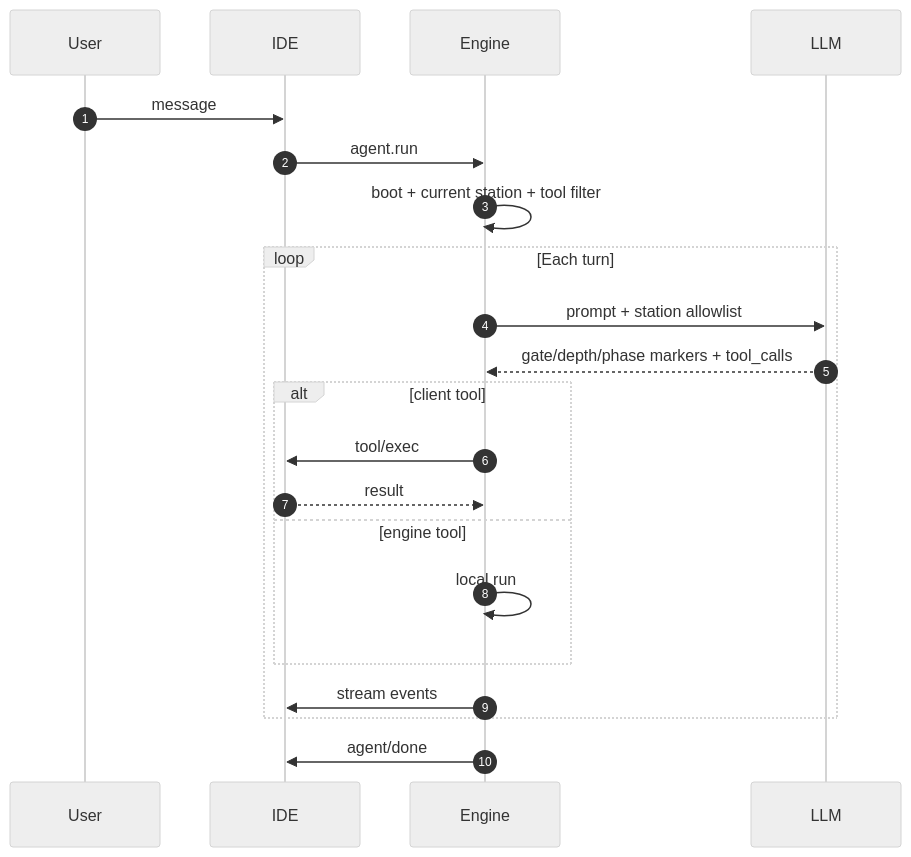
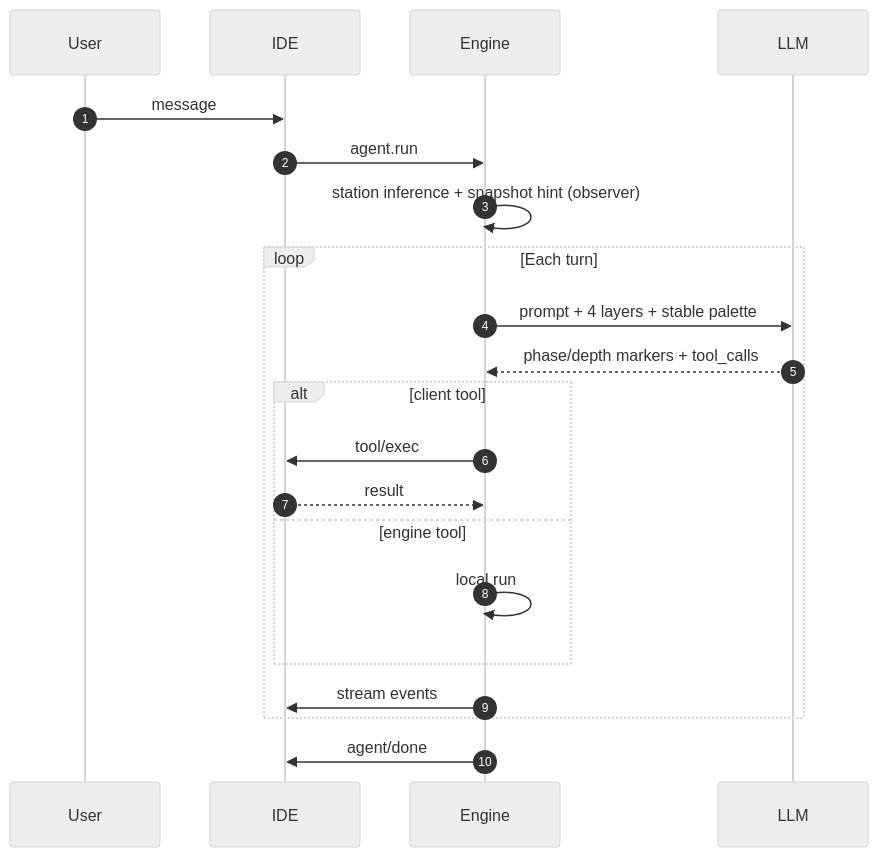
Diagram 13 of 13 in README.md (DroxKiwi/Drox---IDE---OR), drawn with Mermaid (neutral theme) before and after one commit. The commit also changed other lines of this file and 3 other files, not shown here.

````diff
--- a/README.md
+++ b/README.md
@@ -432,24 +430,24 @@
 ```mermaid
 sequenceDiagram
   autonumber
   participant U as User
   participant IDE as IDE
   participant M as Engine
   participant L as LLM
 
   U->>IDE: message
   IDE->>M: agent.run
-  M->>M: boot + current station + tool filter
+  M->>M: station inference + snapshot hint (observer)
   loop Each turn
-    M->>L: prompt + station allowlist
-    L-->>M: gate/depth/phase markers + tool_calls
+    M->>L: prompt + 4 layers + stable palette
+    L-->>M: phase/depth markers + tool_calls
     alt client tool
       M->>IDE: tool/exec
       IDE-->>M: result
     else engine tool
       M->>M: local run
     end
     M->>IDE: stream events
   end
   M->>IDE: agent/done
 ```
````
